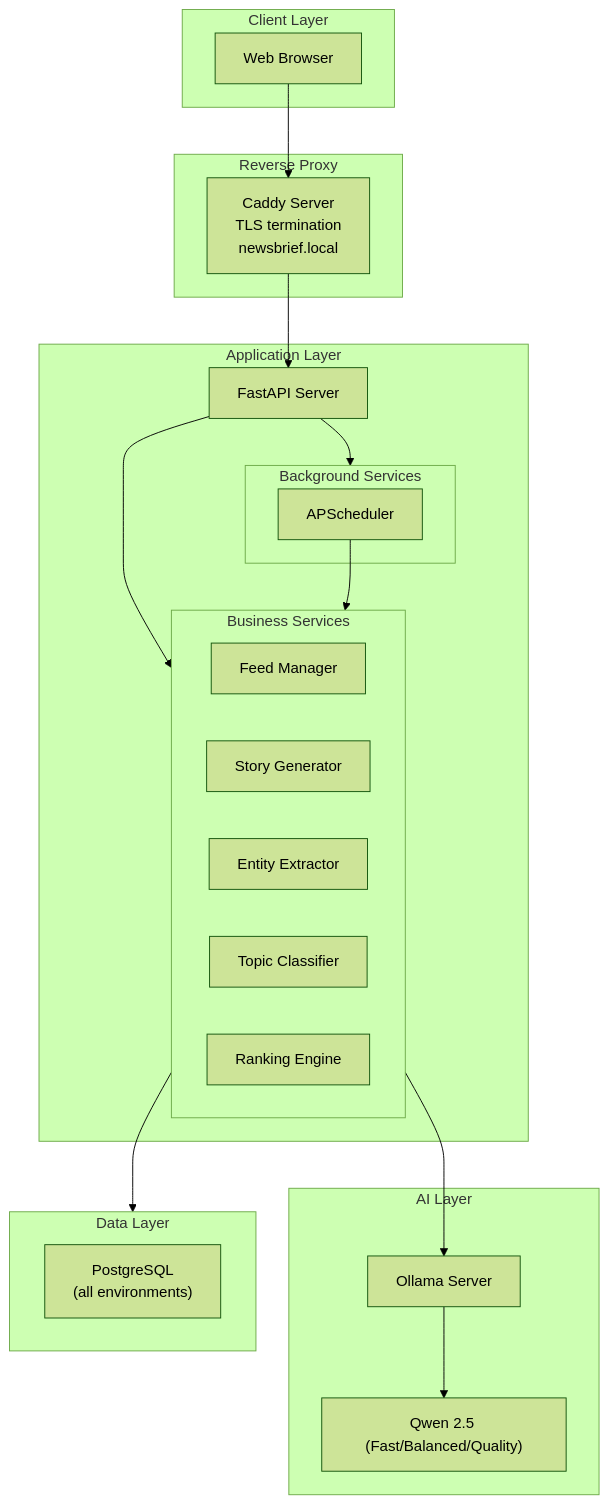
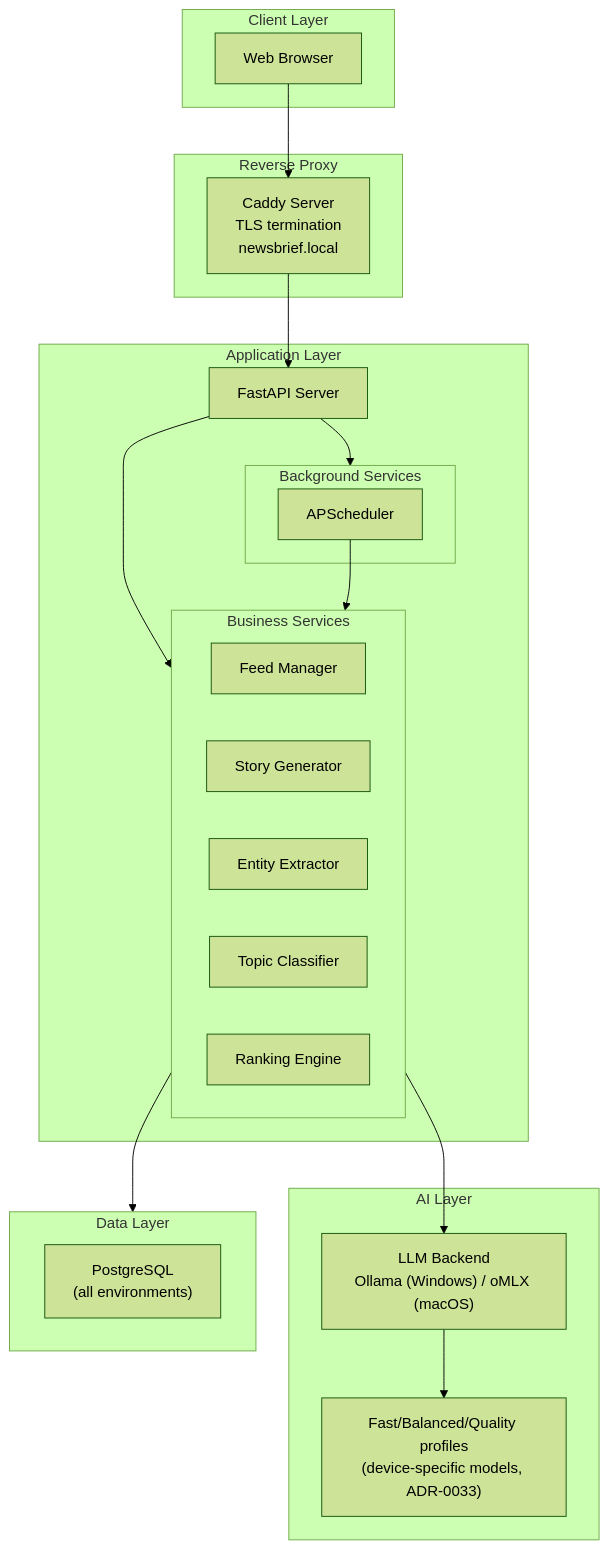
One commit to Deim0s13/newsbrief changed the second of 11 diagrams in docs/ARCHITECTURE.md. Above: the diagram before and after it, drawn with Mermaid (forest theme). The commit also changed other lines of this file and 2 other files, not shown here.

First line of the commit message:
docs: document device-aware LLM backend/model resolution for v0.8.7 (#322)

````diff
--- a/docs/ARCHITECTURE.md
+++ b/docs/ARCHITECTURE.md
@@ -325,45 +325,45 @@
 ```mermaid
 flowchart TB
     subgraph Client["Client Layer"]
         Browser["Web Browser"]
     end
 
     subgraph Proxy["Reverse Proxy"]
         Caddy["Caddy Server<br/>TLS termination<br/>newsbrief.local"]
     end
 
     subgraph App["Application Layer"]
         FastAPI["FastAPI Server"]
 
         subgraph Services["Business Services"]
             FeedMgr["Feed Manager"]
             StoryGen["Story Generator"]
             EntityExt["Entity Extractor"]
             TopicClass["Topic Classifier"]
             Ranking["Ranking Engine"]
         end
 
         subgraph Background["Background Services"]
             Scheduler["APScheduler"]
         end
     end
 
     subgraph AI["AI Layer"]
-        Ollama["Ollama Server"]
-        LLM["Qwen 2.5 (Fast/Balanced/Quality)"]
+        LLMBackend["LLM Backend<br/>Ollama (Windows) / oMLX (macOS)"]
+        LLM["Fast/Balanced/Quality profiles<br/>(device-specific models, ADR-0033)"]
     end
 
     subgraph Data["Data Layer"]
         direction LR
         PostgreSQL["PostgreSQL<br/>(all environments)"]
     end
 
     Browser --> Caddy
     Caddy --> FastAPI
     FastAPI --> Services
     FastAPI --> Background
-    Services --> Ollama
-    Ollama --> LLM
+    Services --> LLMBackend
+    LLMBackend --> LLM
     Services --> PostgreSQL
     Scheduler --> Services
 ```
````
